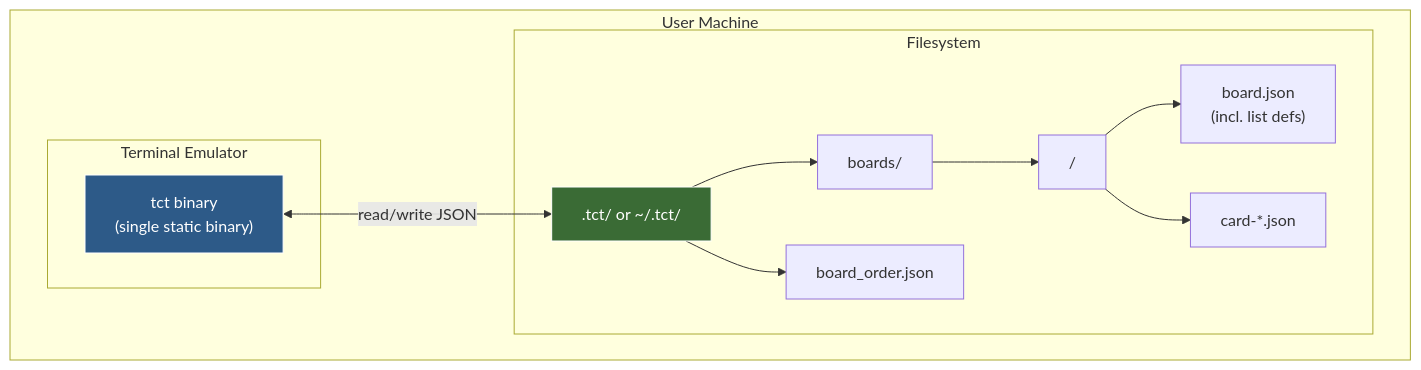
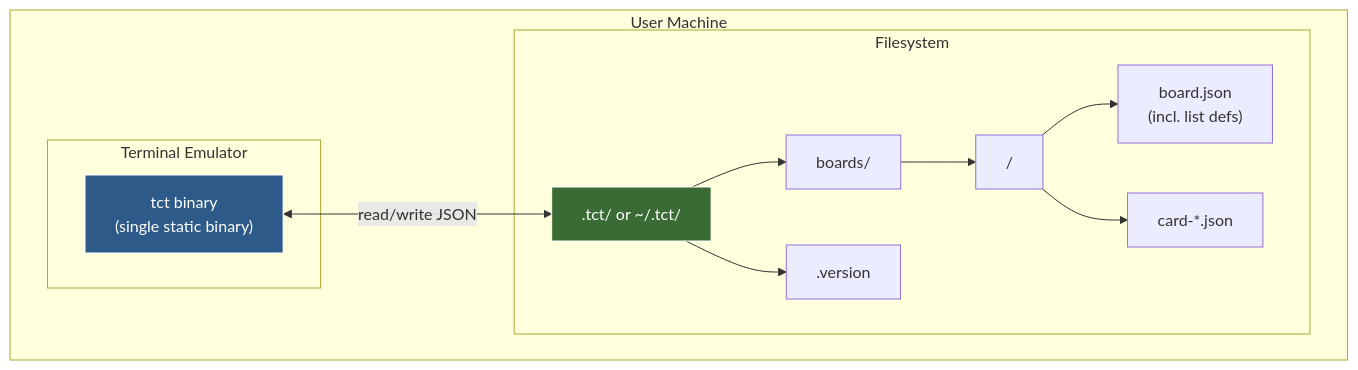
Before and after one commit to waschmittel/tct: the seventh of 11 diagrams in docs/arc42.md, drawn with Mermaid. The commit also changed other lines of this file and 30 other files, not shown here.

````diff
--- a/docs/arc42.md
+++ b/docs/arc42.md
@@ -436,28 +436,28 @@
 ```mermaid
 graph TB
     subgraph "User Machine"
         subgraph "Terminal Emulator"
             TCT["tct binary<br>(single static binary)"]
         end
 
         subgraph "Filesystem"
             DATA_DIR[".tct/ or ~/.tct/"]
             BOARDS["boards/"]
             BOARD_DIR["<board-id>/"]
             BOARD_JSON["board.json<br>(incl. list defs)"]
             CARD_JSON["card-*.json"]
-            ORDER_JSON["board_order.json"]
+            VERSION[".version"]
 
             DATA_DIR --> BOARDS
-            DATA_DIR --> ORDER_JSON
+            DATA_DIR --> VERSION
             BOARDS --> BOARD_DIR
             BOARD_DIR --> BOARD_JSON
             BOARD_DIR --> CARD_JSON
         end
 
         TCT <-->|read/write JSON| DATA_DIR
     end
 
     style TCT fill:#2d5a88,stroke:#fff,color:#fff
     style DATA_DIR fill:#3a6b35,stroke:#fff,color:#fff
 ```
````
